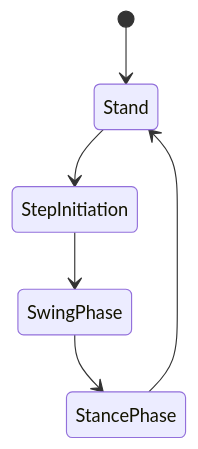
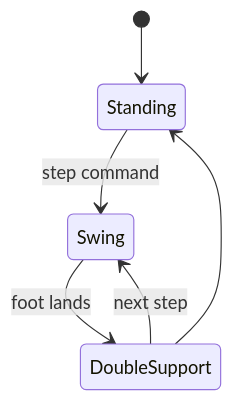
One commit to Muhammadumerakmal/physical-ai-humanoid-robotics changed the first of 2 diagrams in docs/part3-control/03-balance-locomotion.mdx. Above: the diagram before and after it, drawn with Mermaid. The commit also changed other lines of this file and 59 other files, not shown here.

````diff
--- a/docs/part3-control/03-balance-locomotion.mdx
+++ b/docs/part3-control/03-balance-locomotion.mdx
@@ -40,8 +122,8 @@
 ```mermaid
 stateDiagram-v2
-    [*] --> Stand
-    Stand --> StepInitiation
-    StepInitiation --> SwingPhase
-    SwingPhase --> StancePhase
-    StancePhase --> Stand
+    [*] --> Standing
+    Standing --> Swing: step command
+    Swing --> DoubleSupport: foot lands
+    DoubleSupport --> Standing
+    DoubleSupport --> Swing: next step
 ```
````
